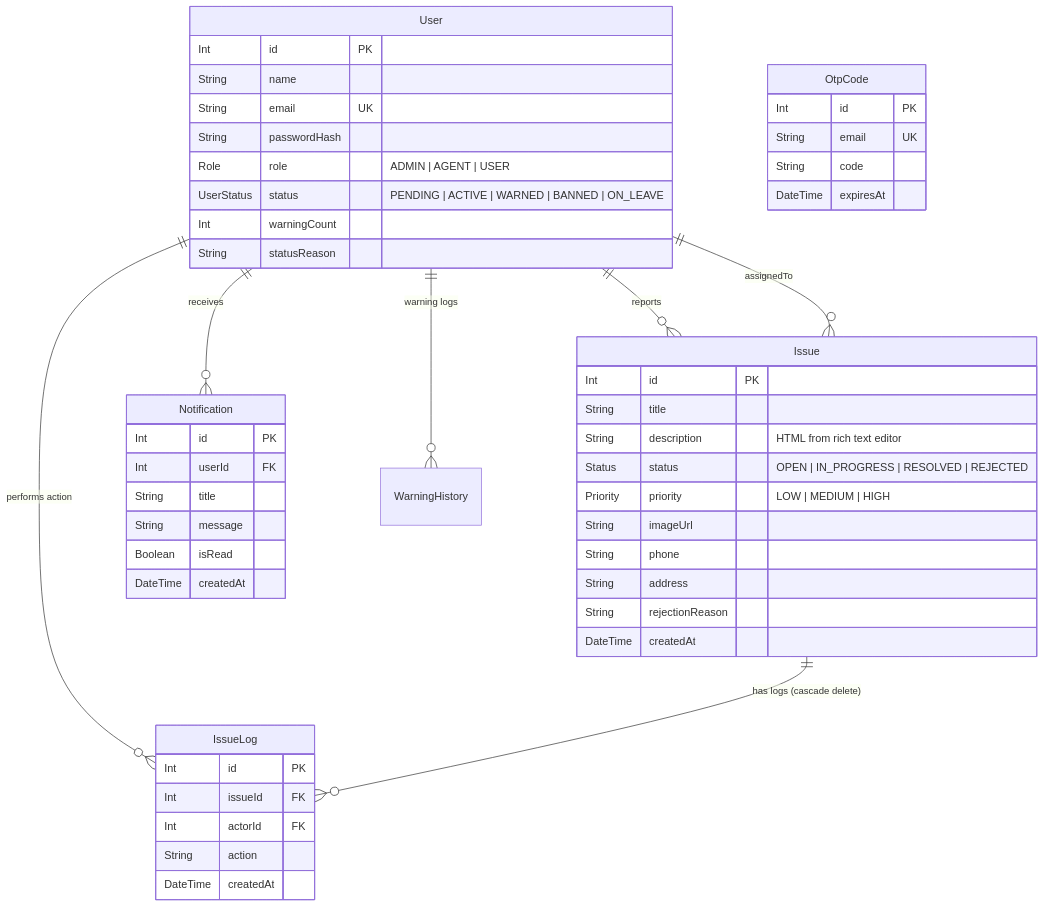
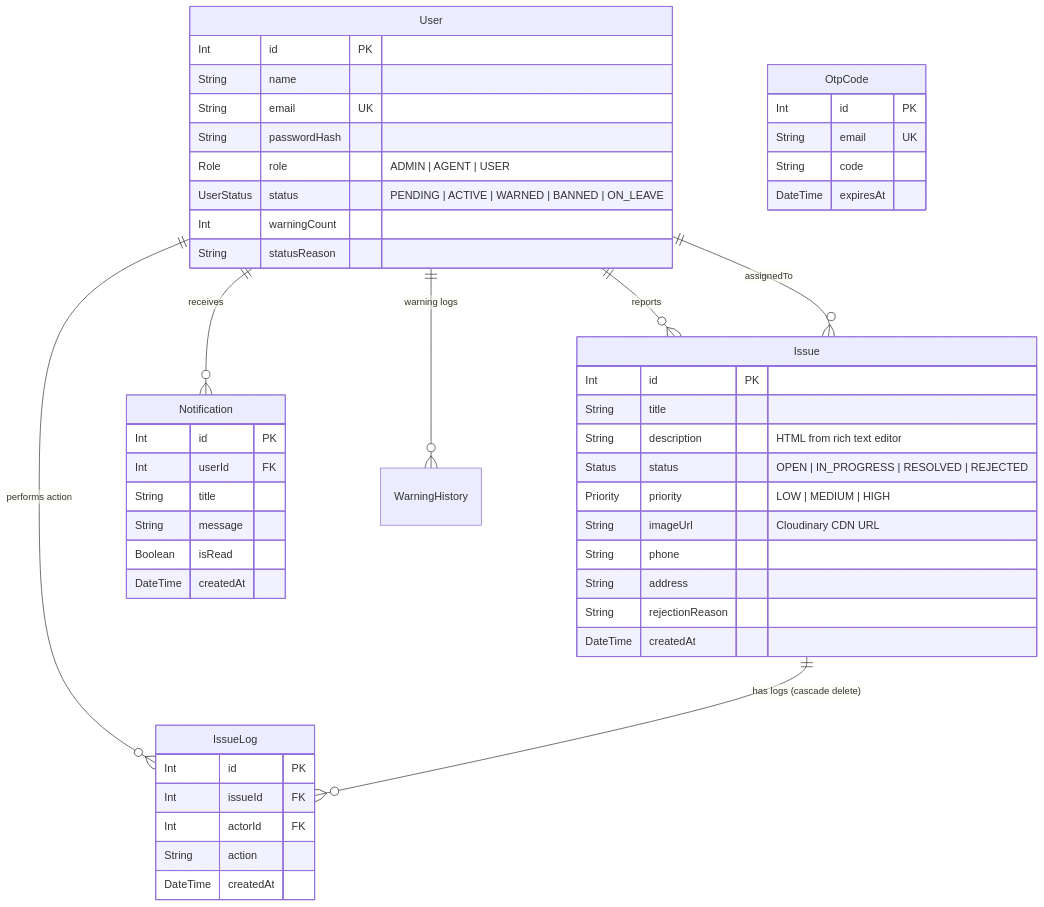
One commit to yonasleykun27/issue_tracker changed the diagram in README.md. Above: the diagram before and after it, drawn with Mermaid. The commit also changed other lines of this file, not shown here.

Commit message:
docs: update README with Vercel live link, Neon DB, Cloudinary CDN, cloud infra diagram and full deployment guide

````diff
--- a/README.md
+++ b/README.md
@@ -184,57 +225,57 @@
 ```mermaid
 erDiagram
     User ||--o{ Issue : "reports"
     User ||--o{ Issue : "assignedTo"
     User ||--o{ IssueLog : "performs action"
     User ||--o{ Notification : "receives"
     User ||--o{ WarningHistory : "warning logs"
     Issue ||--o{ IssueLog : "has logs (cascade delete)"
 
     User {
         Int id PK
         String name
         String email UK
         String passwordHash
         Role role "ADMIN | AGENT | USER"
         UserStatus status "PENDING | ACTIVE | WARNED | BANNED | ON_LEAVE"
         Int warningCount
         String statusReason
     }
 
     Issue {
         Int id PK
         String title
         String description "HTML from rich text editor"
         Status status "OPEN | IN_PROGRESS | RESOLVED | REJECTED"
         Priority priority "LOW | MEDIUM | HIGH"
-        String imageUrl
+        String imageUrl "Cloudinary CDN URL"
         String phone
         String address
         String rejectionReason
         DateTime createdAt
     }
 
     IssueLog {
         Int id PK
         Int issueId FK
         Int actorId FK
         String action
         DateTime createdAt
     }
 
     Notification {
         Int id PK
         Int userId FK
         String title
         String message
         Boolean isRead
         DateTime createdAt
     }
 
     OtpCode {
         Int id PK
         String email UK
         String code
         DateTime expiresAt
     }
 ```
````
